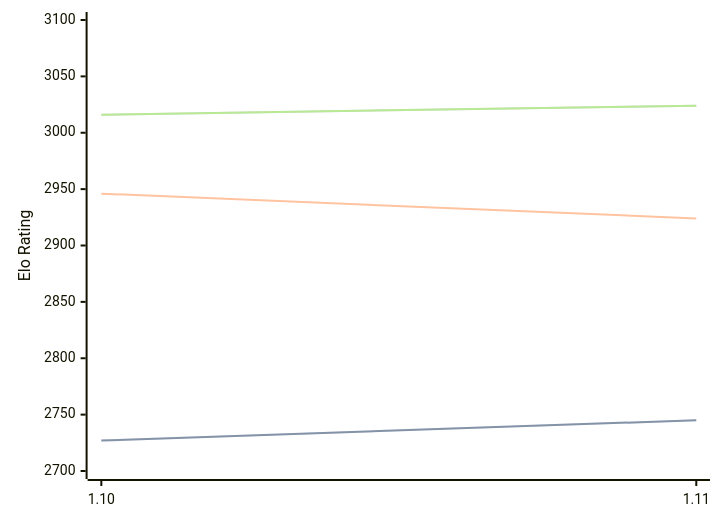
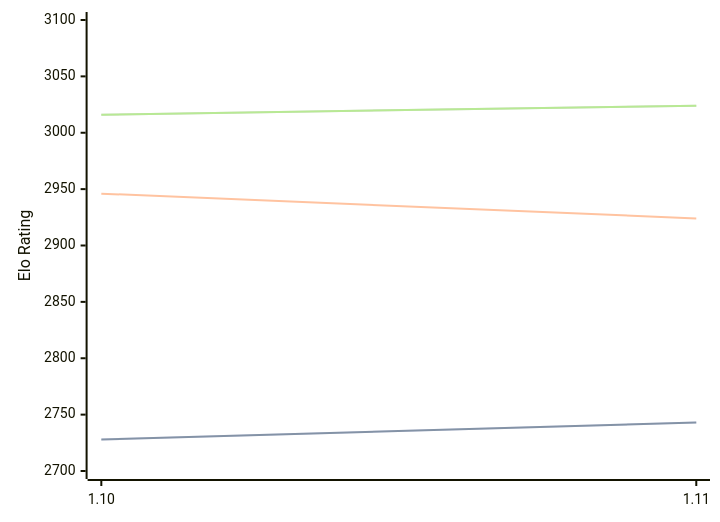
The first of 3 diagrams in engines/Roc.md (computer-chess-index/cci), drawn with Mermaid before and after one commit. The commit also changed other lines of this file, not shown here.

````diff
--- a/engines/Roc.md
+++ b/engines/Roc.md
@@ -65,11 +65,11 @@
 ```mermaid
 %%{init: {"theme":"base","themeVariables":{"seriesColors:['#a3a3a3','#222221','#faa371']}}}%%
 xychart-beta
   x-axis ["1.10", "1.11"]
   y-axis "Elo Rating" 2700 --> 3100
-  line "STC (8.0+0.08s)" [2727, 2745]
-  line "STC (8.0+0.08s)" [2727, 2745]
+  line "STC (8.0+0.08s)" [2728, 2743]
+  line "STC (8.0+0.08s)" [2728, 2743]
   line "LTC (60.0+0.60s)" [2946, 2924]
   line "VLTC (2m24s+1.12s)" [3016, 3024]
   line "VLTC (2m24s+1.12s)" [3016, 3024]
 ```
````
